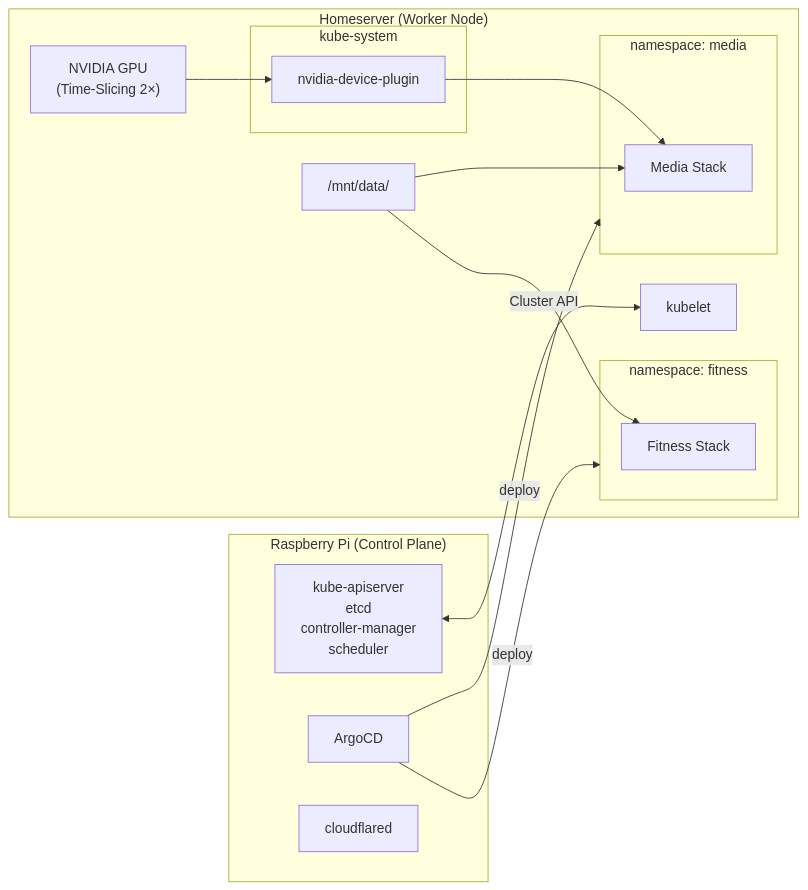
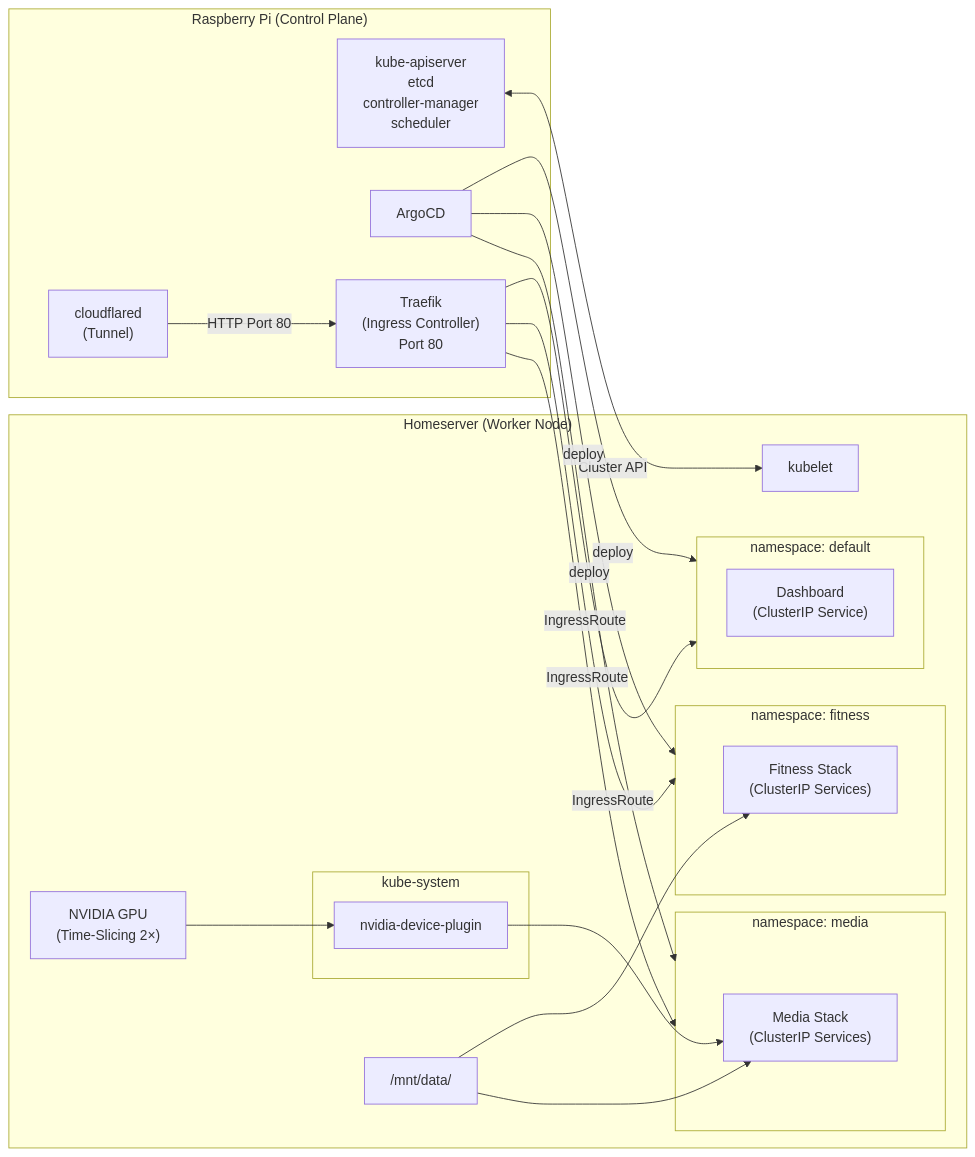
One commit to JanikHenz/my-homelab changed the second of 7 diagrams in README.md. Above: the diagram before and after it, drawn with Mermaid. The commit also changed other lines of this file, not shown here.

````diff
--- a/README.md
+++ b/README.md
@@ -130,32 +130,41 @@
 ```mermaid
 graph LR
     subgraph RASPY["Raspberry Pi (Control Plane)"]
         CP["kube-apiserver\netcd\ncontroller-manager\nscheduler"]
         ARGO["ArgoCD"]
-        CFD["cloudflared"]
+        CFD["cloudflared\n(Tunnel)"]
+        TRAEFIK["Traefik\n(Ingress Controller)\nPort 80"]
     end
 
     subgraph SERVER["Homeserver (Worker Node)"]
         KW["kubelet"]
         GPU["NVIDIA GPU\n(Time-Slicing 2×)"]
         DISK["/mnt/data/"]
 
         subgraph SYS["kube-system"]
             NDP["nvidia-device-plugin"]
         end
         subgraph MEDIA_NS["namespace: media"]
-            MEDIA["Media Stack"]
+            MEDIA["Media Stack\n(ClusterIP Services)"]
         end
         subgraph FITNESS_NS["namespace: fitness"]
-            FITNESS["Fitness Stack"]
+            FITNESS["Fitness Stack\n(ClusterIP Services)"]
+        end
+        subgraph DEFAULT_NS["namespace: default"]
+            DASH["Dashboard\n(ClusterIP Service)"]
         end
     end
 
+    CFD -->|"HTTP Port 80"| TRAEFIK
     CP <-->|"Cluster API"| KW
     ARGO -->|"deploy"| MEDIA_NS
     ARGO -->|"deploy"| FITNESS_NS
+    ARGO -->|"deploy"| DEFAULT_NS
+    TRAEFIK -->|"IngressRoute"| MEDIA_NS
+    TRAEFIK -->|"IngressRoute"| FITNESS_NS
+    TRAEFIK -->|"IngressRoute"| DEFAULT_NS
     GPU --> NDP
     NDP --> MEDIA
     DISK --> MEDIA
     DISK --> FITNESS
 ```
````
